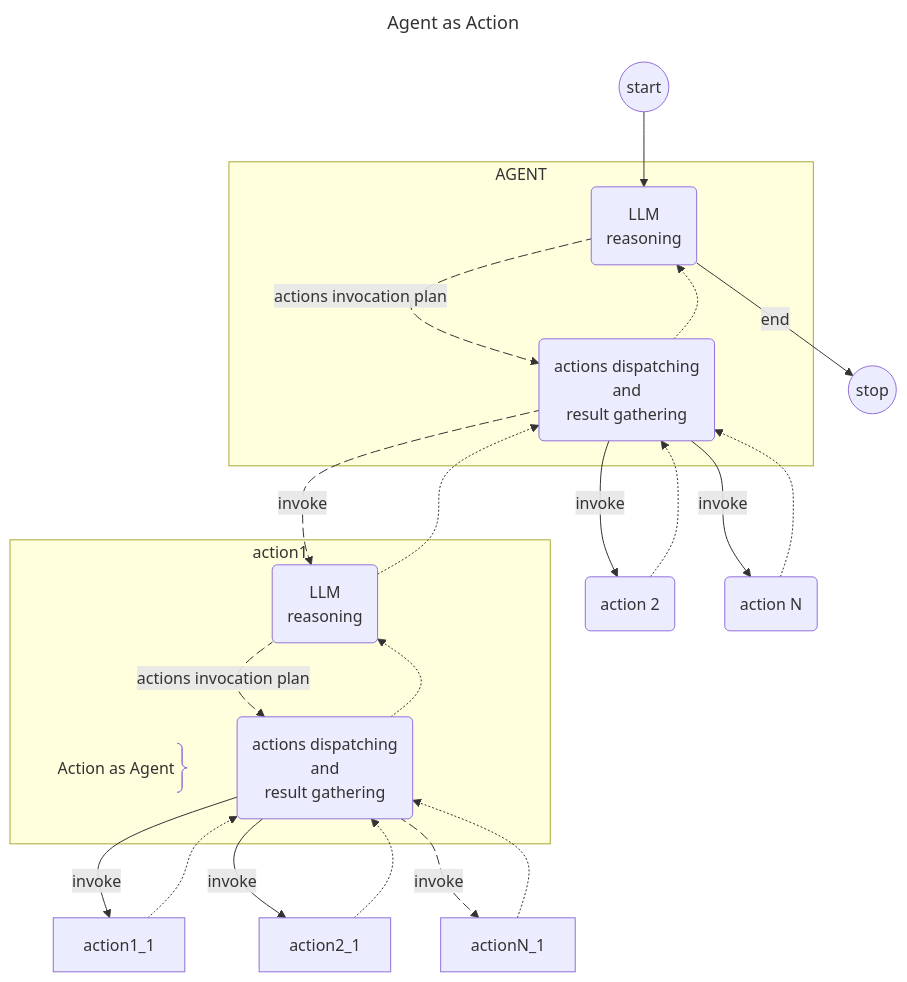
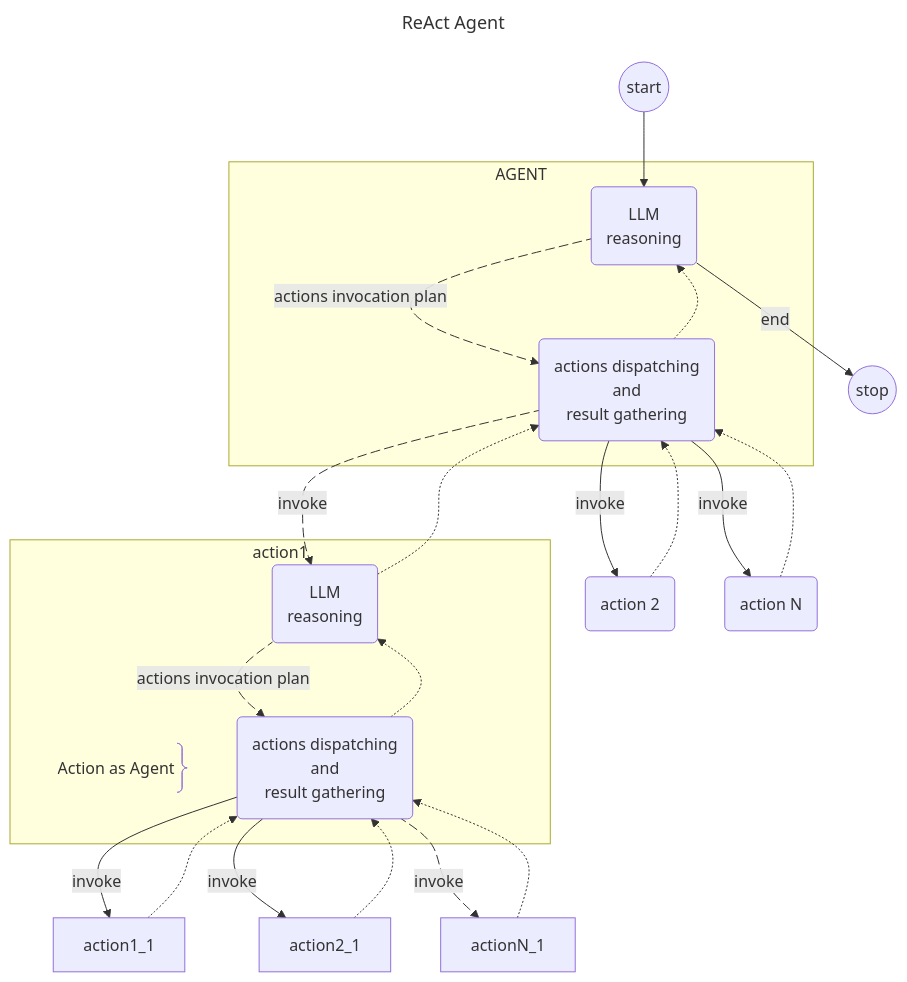
One commit to bsorrentino/langgraph4j changed the second of 3 diagrams in samples/agents-handoff/README.md. Above: the diagram before and after it, drawn with Mermaid.

````diff
--- a/samples/agents-handoff/README.md
+++ b/samples/agents-handoff/README.md
@@ -58,57 +58,57 @@
 ```mermaid
 ---
-title: Agent as Action
+title: ReAct Agent
 ---
 flowchart TD
 	__START__((start))
 	__END__((stop))
     action1("action 1") 
     action2("action 2") 
     actionN("action N") 
 	__START__ --> LLM
 
     subgraph action1
         A@{ shape: brace-r, label: "Action as Agent" }
         LLM_1("LLM
         reasoning")
     	actions_1("actions dispatching
         and 
         result gathering")
 	    LLM_1 e1_1@-->|actions invocation plan| actions_1
     end
 
     actions_1 -.-> LLM_1
     actions_1 -->|invoke| action1_1
     actions_1 -->|invoke| action2_1
     actions_1 e2_1@-->|invoke| actionN_1
     action1_1 -.-> actions_1
     action2_1 -.-> actions_1
     actionN_1 -.-> actions_1
 
     subgraph AGENT
         LLM("LLM
         reasoning") 
         actions("actions dispatching
         and 
         result gathering")
         LLM e1@-->|actions invocation plan| actions
   	end
 
     actions -->|invoke| action2
     actions -->|invoke| actionN    
     action2 -.-> actions
     actionN -.-> actions
     actions -.-> LLM
 
     LLM -->|end| __END__
     
     actions e2@-->|invoke| LLM_1
 
     LLM_1 -.-> actions
 
 e1@{ animate: true }     
 e2@{ animate: true }     
 e1_1@{ animate: true }     
 e2_1@{ animate: true }     
 
 ```
````
